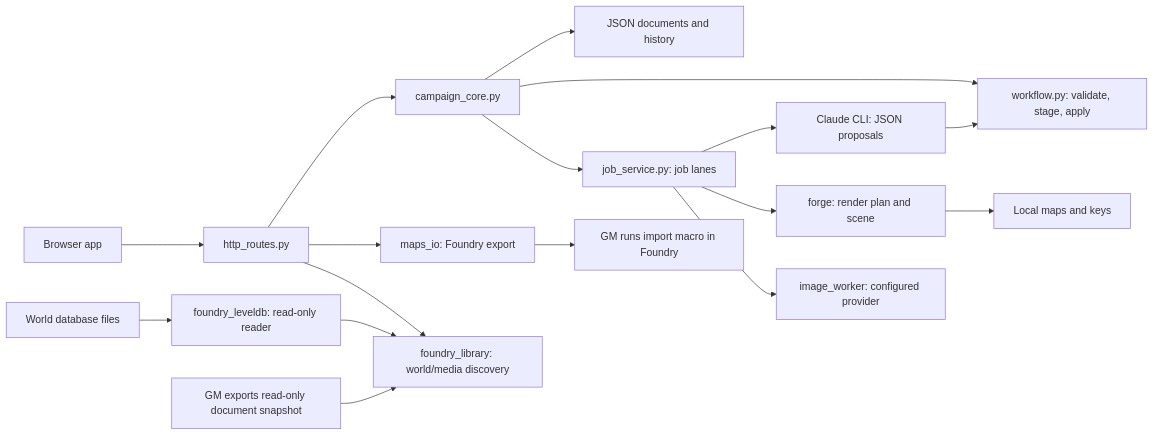
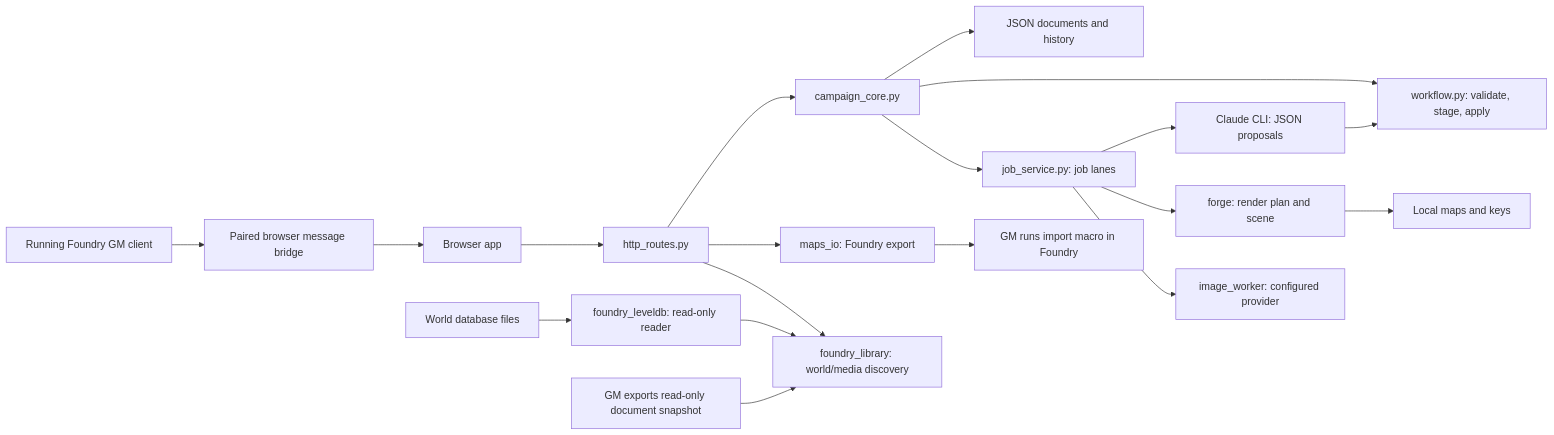
One commit to LimtlessLtd/campaign-studio changed the diagram in docs/ARCHITECTURE.md. Above: the diagram before and after it, drawn with Mermaid. The commit also changed other lines of this file and 15 other files, not shown here.

````diff
--- a/docs/ARCHITECTURE.md
+++ b/docs/ARCHITECTURE.md
@@ -6,18 +6,19 @@
 ```mermaid
 flowchart LR
   UI[Browser app] --> HTTP[http_routes.py]
   HTTP --> Core[campaign_core.py]
   Core --> Docs[JSON documents and history]
   Core --> WF[workflow.py: validate, stage, apply]
   Core --> Queue[job_service.py: job lanes]
   Queue --> AI[Claude CLI: JSON proposals]
   AI --> WF
   Queue --> Forge[forge: render plan and scene]
   Queue --> Art[image_worker: configured provider]
   Forge --> Maps[Local maps and keys]
   HTTP --> Export[maps_io: Foundry export]
   Export --> Macro[GM runs import macro in Foundry]
   HTTP --> Library[foundry_library: world/media discovery]
   WorldFiles[World database files] --> LevelDB[foundry_leveldb: read-only reader] --> Library
   FoundrySnapshot[GM exports read-only document snapshot] --> Library
+  FoundryGM[Running Foundry GM client] --> Bridge[Paired browser message bridge] --> UI
 ```
````
